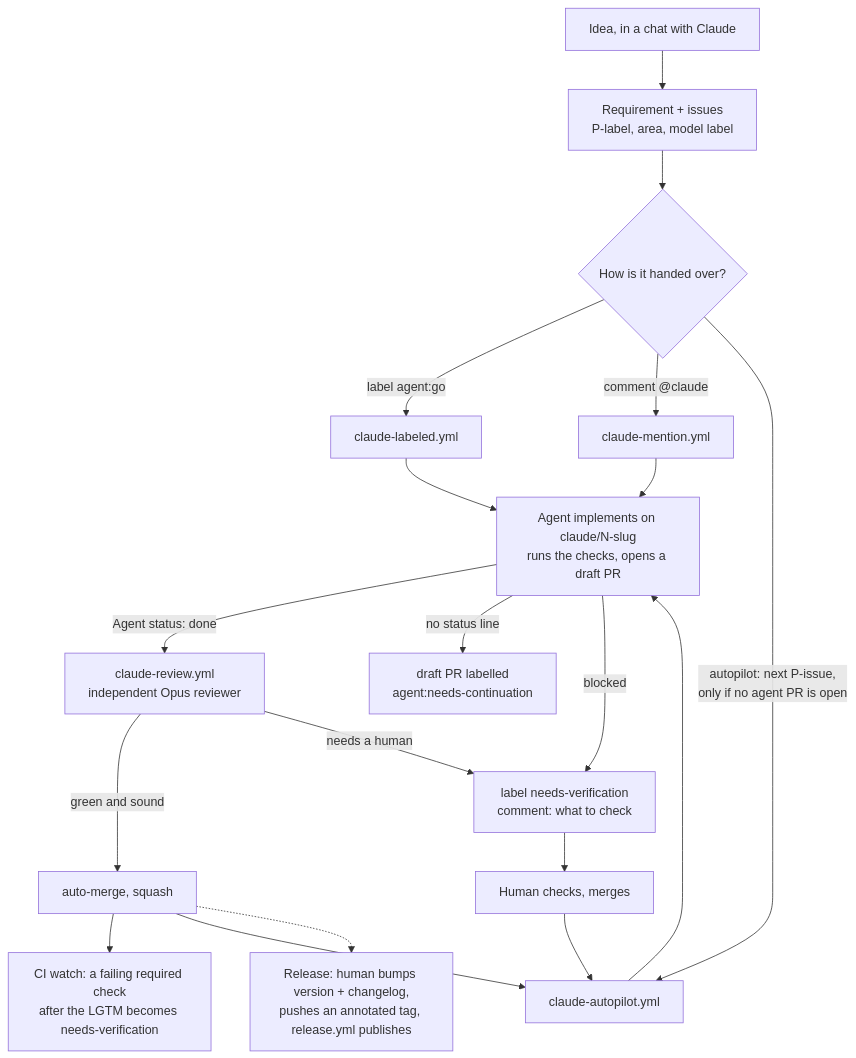
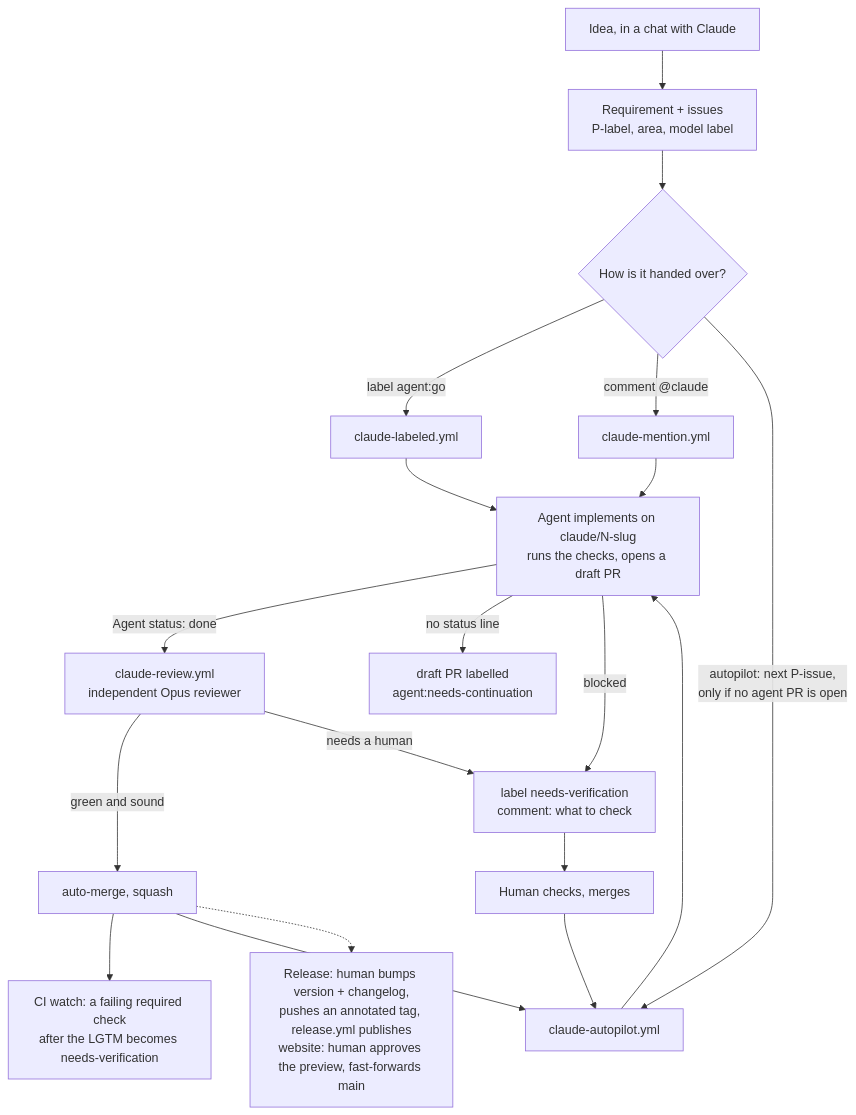
The diagram in docs/how-it-works.md (chriguschneider/repo-standard), drawn with Mermaid before and after one commit. The commit also changed other lines of this file and 18 other files, not shown here.

````diff
--- a/docs/how-it-works.md
+++ b/docs/how-it-works.md
@@ -19,21 +19,21 @@
 ```mermaid
 flowchart TD
     A[Idea, in a chat with Claude] --> B[Requirement + issues<br/>P-label, area, model label]
     B --> C{How is it handed over?}
     C -->|label agent:go| D[claude-labeled.yml]
     C -->|comment @claude| E[claude-mention.yml]
     C -->|autopilot: next P-issue,<br/>only if no agent PR is open| F[claude-autopilot.yml]
     D --> G[Agent implements on claude/N-slug<br/>runs the checks, opens a draft PR]
     E --> G
     F --> G
     G -->|Agent status: done| H[claude-review.yml<br/>independent Opus reviewer]
     G -->|no status line| N[draft PR labelled<br/>agent:needs-continuation]
     G -->|blocked| J
     H -->|green and sound| I[auto-merge, squash]
     H -->|needs a human| J[label needs-verification<br/>comment: what to check]
     I --> K[CI watch: a failing required check<br/>after the LGTM becomes needs-verification]
     I --> F
     J --> L[Human checks, merges]
     L --> F
-    I -.-> M[Release: human bumps version + changelog,<br/>pushes an annotated tag, release.yml publishes]
+    I -.-> M[Release: human bumps version + changelog,<br/>pushes an annotated tag, release.yml publishes<br/>website: human approves the preview, fast-forwards main]
 ```
````
